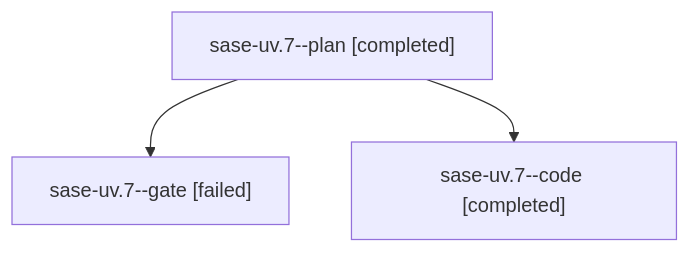
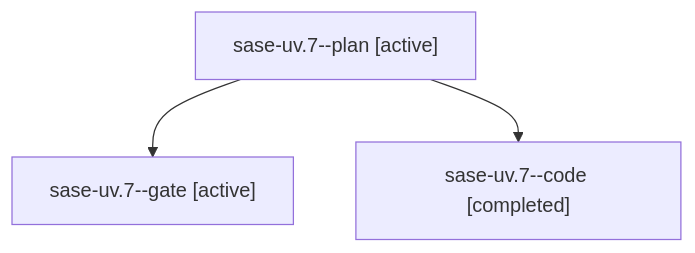
Before and after one commit to sase-org/sase--agents: the diagram in families/bbugyi200.athena.sase-uv.7.md, drawn with Mermaid. The commit also changed other lines of this file and 35830 other files, not shown here.

````diff
--- a/families/bbugyi200.athena.sase-uv.7.md
+++ b/families/bbugyi200.athena.sase-uv.7.md
@@ -9,8 +9,8 @@
 ```mermaid
 flowchart TD
-  n0["sase-uv.7--plan [completed]"]
-  n1["sase-uv.7--gate [failed]"]
+  n0["sase-uv.7--plan [active]"]
+  n1["sase-uv.7--gate [active]"]
   n0 --> n1
   n2["sase-uv.7--code [completed]"]
   n0 --> n2
 ```
````
